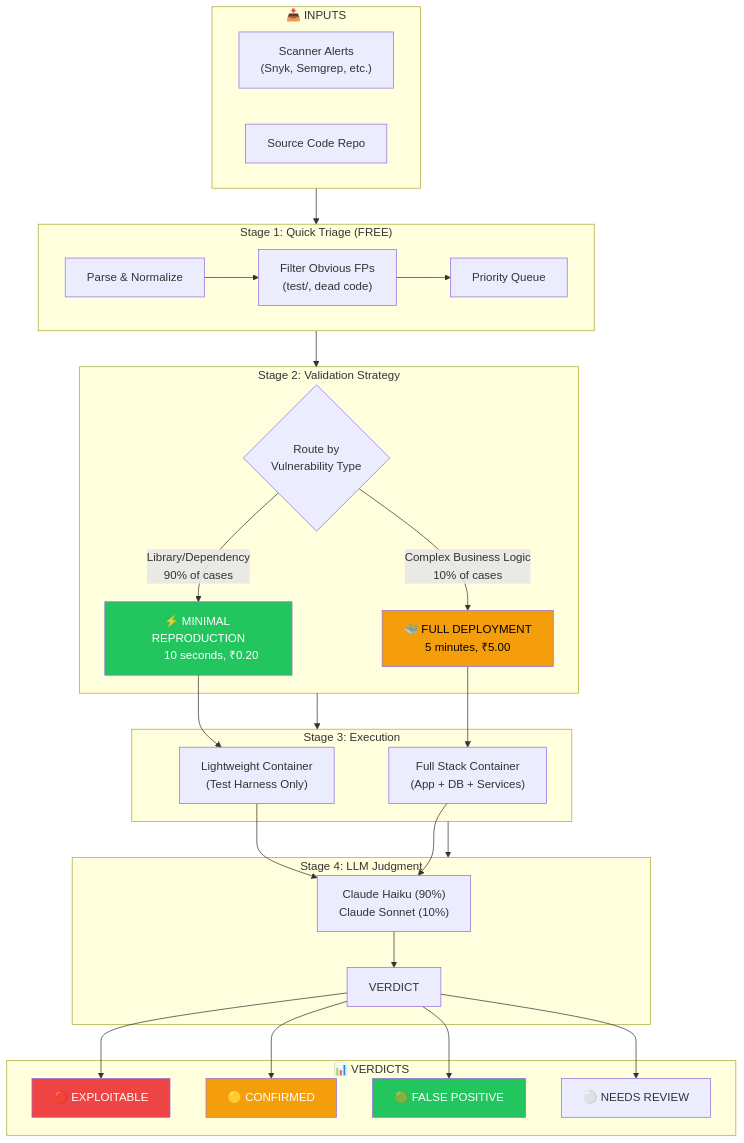
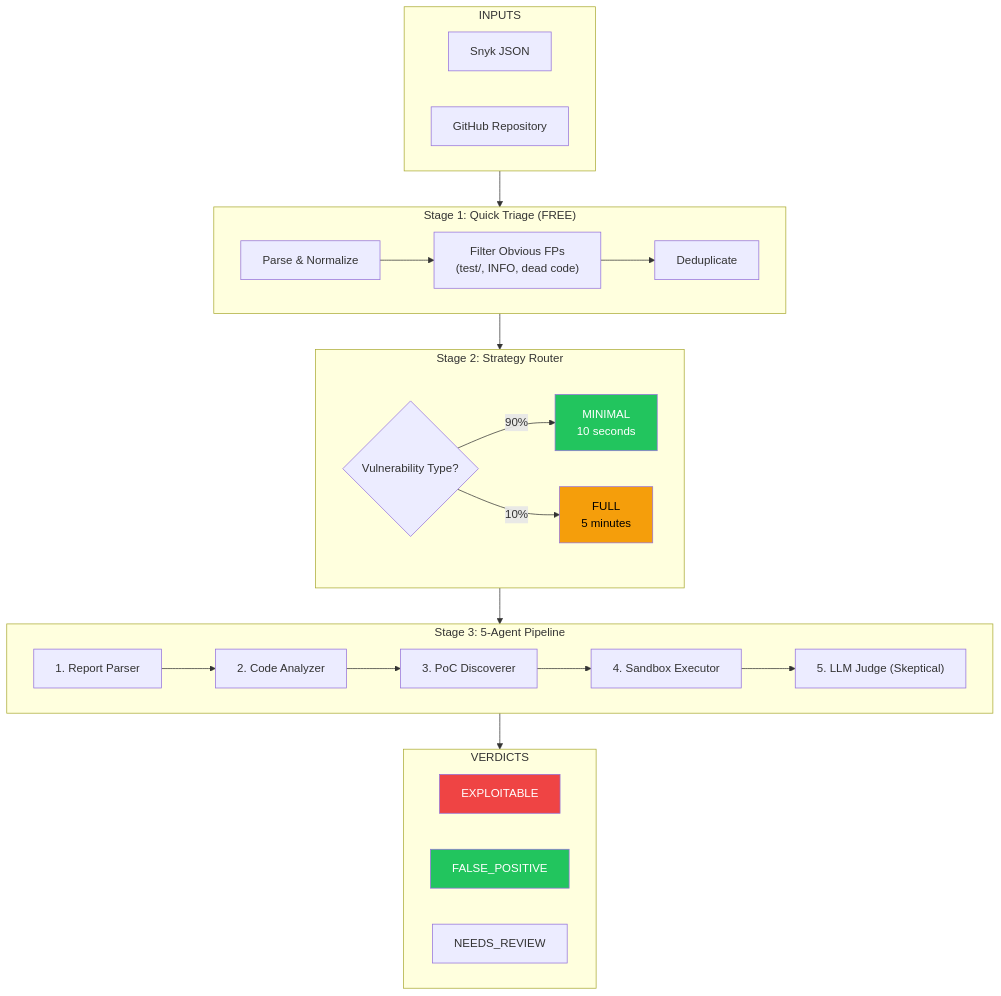
Before and after one commit to vireo-labs/poc_validator: the first of 4 diagrams in docs/ARCHITECTURE.md, drawn with Mermaid. The commit also changed other lines of this file, not shown here.

First line of the commit message:
docs: Update ARCHITECTURE.md to reflect v0.1.1 implementation

````diff
--- a/docs/ARCHITECTURE.md
+++ b/docs/ARCHITECTURE.md
@@ -20,61 +26,51 @@
 ```mermaid
 flowchart TB
-    subgraph Inputs["📥 INPUTS"]
-        SCANNERS["Scanner Alerts
-        (Snyk, Semgrep, etc.)"]
-        REPO["Source Code Repo"]
+    subgraph Inputs["INPUTS"]
+        SNYK["Snyk JSON"]
+        REPO["GitHub Repository"]
     end
     
     subgraph Stage1["Stage 1: Quick Triage (FREE)"]
         PARSE["Parse & Normalize"]
         FILTER["Filter Obvious FPs
-        (test/, dead code)"]
-        PRIORITY["Priority Queue"]
+        (test/, INFO, dead code)"]
+        DEDUP["Deduplicate"]
         
-        PARSE --> FILTER --> PRIORITY
+        PARSE --> FILTER --> DEDUP
     end
     
-    subgraph Stage2["Stage 2: Validation Strategy"]
-        ROUTE{"Route by
-        Vulnerability Type"}
+    subgraph Stage2["Stage 2: Strategy Router"]
+        ROUTE{"Vulnerability Type?"}
         
-        ROUTE -->|"Library/Dependency
-        90% of cases"| MINIMAL["⚡ MINIMAL REPRODUCTION
-        10 seconds, ₹0.20"]
-        
-        ROUTE -->|"Complex Business Logic
-        10% of cases"| FULL["🐳 FULL DEPLOYMENT
-        5 minutes, ₹5.00"]
+        ROUTE -->|"90%"| MINIMAL["MINIMAL
+        10 seconds"]
+        ROUTE -->|"10%"| FULL["FULL
+        5 minutes"]
     end
     
-    subgraph Stage3["Stage 3: Execution"]
-        MINIMAL --> SANDBOX_MINI["Lightweight Container
-        (Test Harness Only)"]
-        FULL --> SANDBOX_FULL["Full Stack Container
-        (App + DB + Services)"]
+    subgraph Stage3["Stage 3: 5-Agent Pipeline"]
+        A1["1. Report Parser"]
+        A2["2. Code Analyzer"]
+        A3["3. PoC Discoverer"]
+        A4["4. Sandbox Executor"]
+        A5["5. LLM Judge (Skeptical)"]
+        
+        A1 --> A2 --> A3 --> A4 --> A5
     end
     
-    subgraph Stage4["Stage 4: LLM Judgment"]
-        SANDBOX_MINI & SANDBOX_FULL --> JUDGE["Claude Haiku (90%)
-        Claude Sonnet (10%)"]
-        JUDGE --> VERDICT
-    end
-    
-    subgraph Outputs["📊 VERDICTS"]
-        VERDICT --> V1["🔴 EXPLOITABLE"]
-        VERDICT --> V2["🟡 CONFIRMED"]
-        VERDICT --> V3["🟢 FALSE POSITIVE"]
-        VERDICT --> V4["⚪ NEEDS REVIEW"]
+    subgraph Outputs["VERDICTS"]
+        V1["EXPLOITABLE"]
+        V2["FALSE_POSITIVE"]
+        V3["NEEDS_REVIEW"]
     end
 
     Inputs --> Stage1
     Stage1 --> Stage2
     Stage2 --> Stage3
-    Stage3 --> Stage4
+    Stage3 --> Outputs
 
     style MINIMAL fill:#22c55e,color:#fff
     style FULL fill:#f59e0b,color:#000
     style V1 fill:#ef4444,color:#fff
-    style V2 fill:#f59e0b,color:#fff
-    style V3 fill:#22c55e,color:#fff
+    style V2 fill:#22c55e,color:#fff
 ```
````
